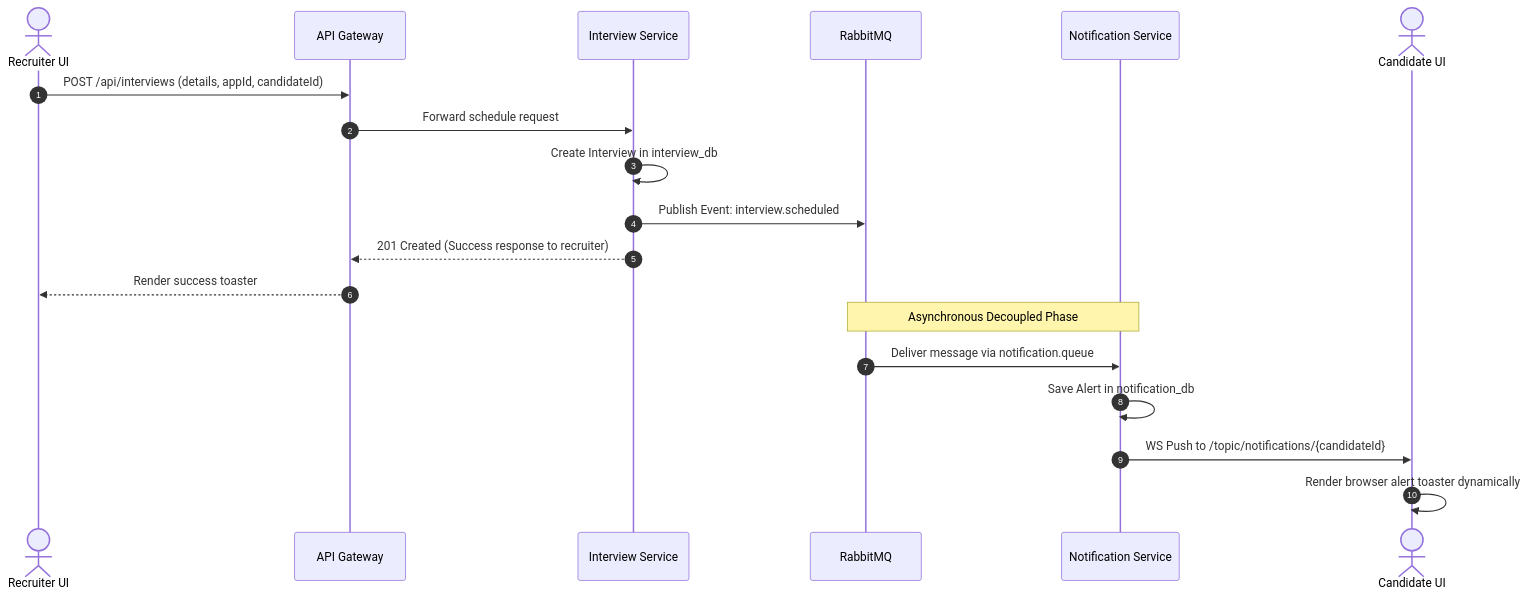
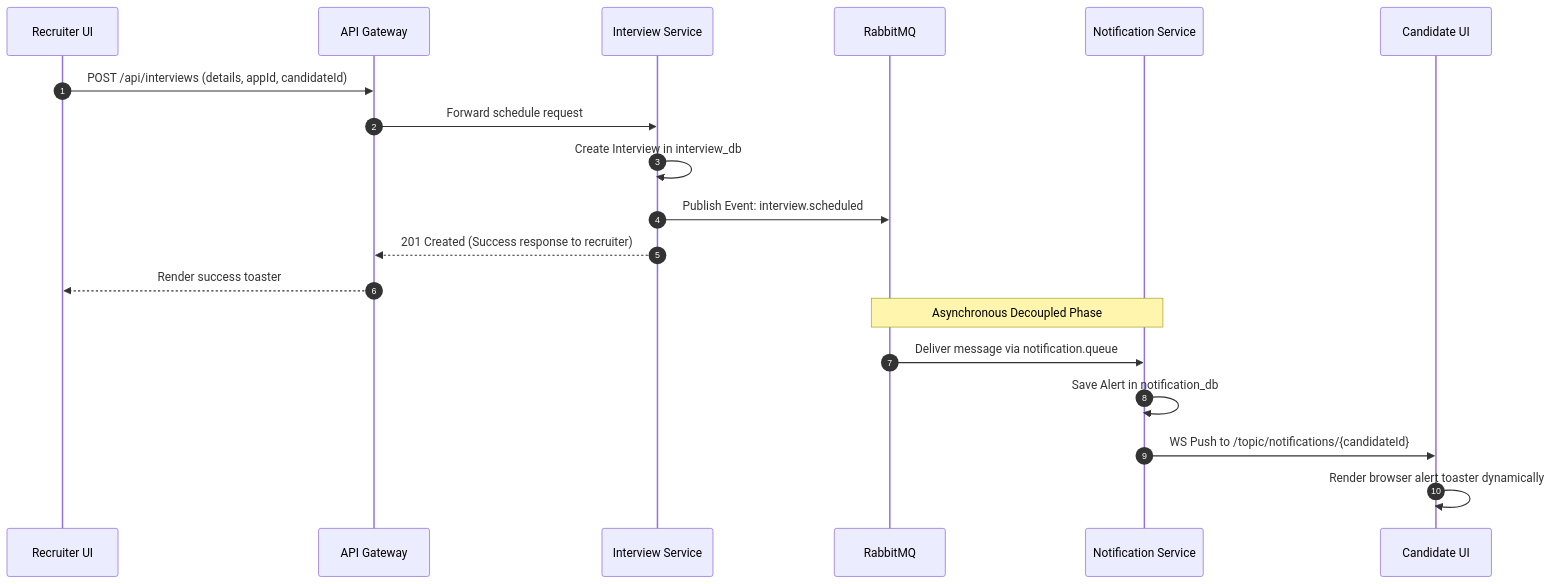
One commit to Priyanka33591/HireConnect-Job-Portal changed diagram 21 of 22 in readme.md. Above: the diagram before and after it, drawn with Mermaid. The commit also changed other lines of this file, not shown here.

Commit message:
Refactor Mermaid diagrams for clarity and consistency

````diff
--- a/readme.md
+++ b/readme.md
@@ -1062,23 +1062,23 @@
 ```mermaid
 sequenceDiagram
     autonumber
-    actor Recruiter as Recruiter UI
+    participant Recruiter as Recruiter UI
     participant Gateway as API Gateway
     participant Int as Interview Service
     participant Rabbit as RabbitMQ
     participant Notif as Notification Service
-    actor Candidate as Candidate UI
+    participant Candidate as Candidate UI
 
     Recruiter->>Gateway: POST /api/interviews (details, appId, candidateId)
     Gateway->>Int: Forward schedule request
     Int->>Int: Create Interview in interview_db
     Int->>Rabbit: Publish Event: interview.scheduled
     Int-->>Gateway: 201 Created (Success response to recruiter)
     Gateway-->>Recruiter: Render success toaster
 
     Note over Rabbit, Notif: Asynchronous Decoupled Phase
     Rabbit->>Notif: Deliver message via notification.queue
     Notif->>Notif: Save Alert in notification_db
     Notif->>Candidate: WS Push to /topic/notifications/{candidateId}
     Candidate->>Candidate: Render browser alert toaster dynamically
 ```
````
